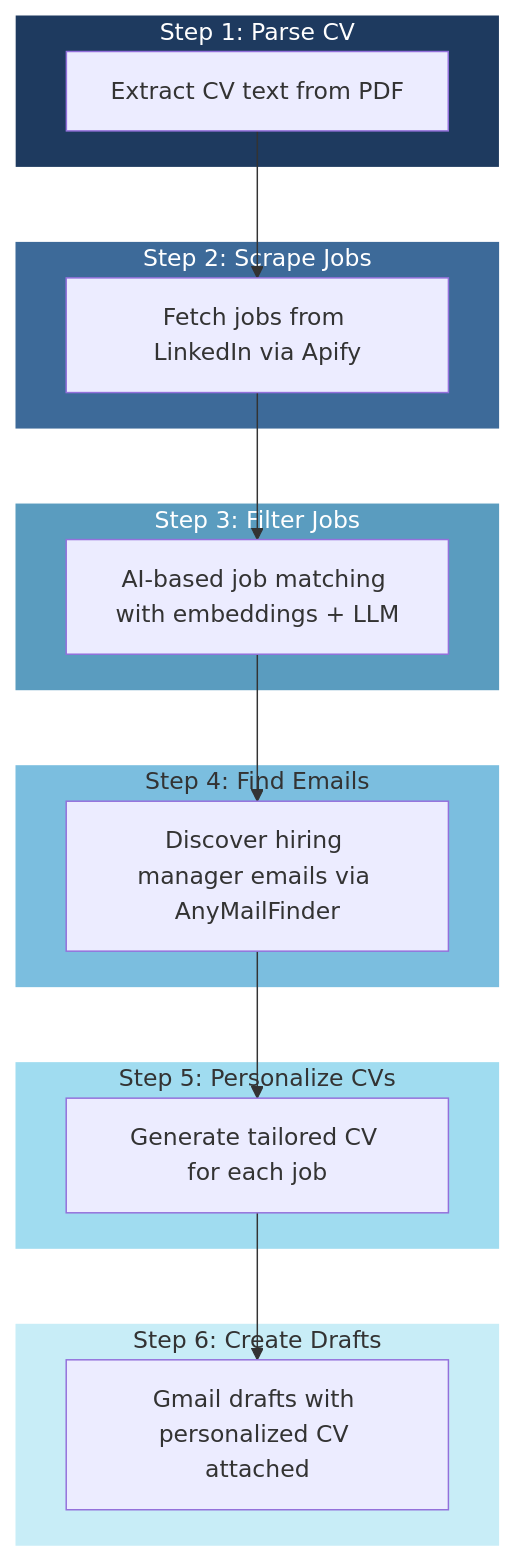
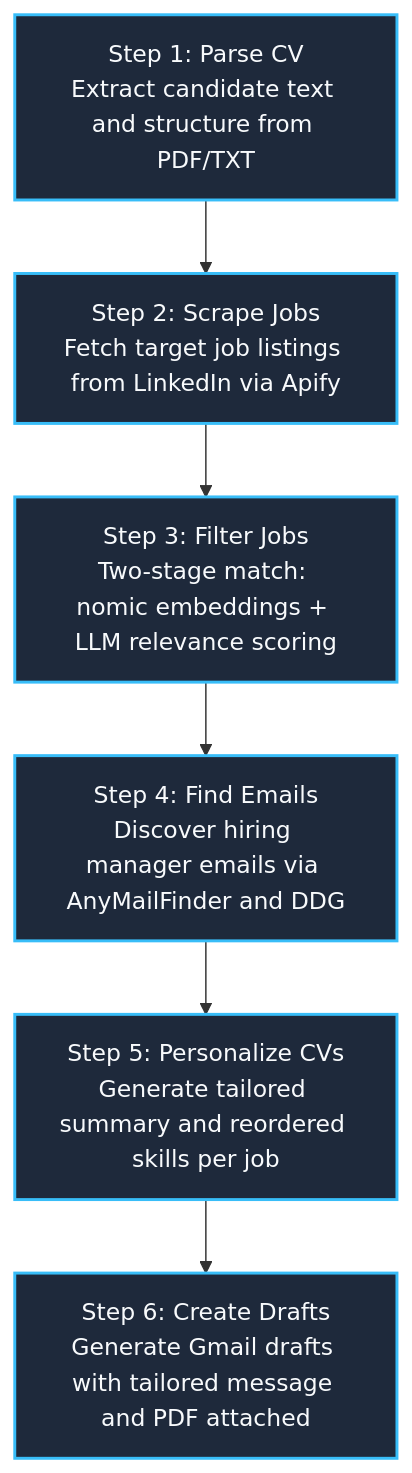
Before and after one commit to karpinski1994/email-application-automation: the diagram in README.md, drawn with Mermaid. The commit also changed other lines of this file, not shown here.

Commit message:
docs: update workflow diagram and add agent setup instructions to readme

````diff
--- a/README.md
+++ b/README.md
@@ -9,35 +9,18 @@
 ```mermaid
-graph TD
-    subgraph Step1["Step 1: Parse CV"]
-        P1[Extract CV text from PDF]
-    end
-    
-    subgraph Step2["Step 2: Scrape Jobs"]
-        P2[Fetch jobs from LinkedIn via Apify]
-    end
-    
-    subgraph Step3["Step 3: Filter Jobs"]
-        P3[AI-based job matching with embeddings + LLM]
-    end
-    
-    subgraph Step4["Step 4: Find Emails"]
-        P4[Discover hiring manager emails via AnyMailFinder]
-    end
-    
-    subgraph Step5["Step 5: Personalize CVs"]
-        P5[Generate tailored CV for each job]
-    end
-    
-    subgraph Step6["Step 6: Create Drafts"]
-        P6[Gmail drafts with personalized CV attached]
-    end
-    
-    P1 --> P2 --> P3 --> P4 --> P5 --> P6
-    
-    style Step1 fill:#1e3a5f,stroke:#fff,color:#fff
-    style Step2 fill:#3d6a99,stroke:#fff,color:#fff
-    style Step3 fill:#5a9cbf,stroke:#fff,color:#fff
-    style Step4 fill:#7bbedf,stroke:#fff,color:#333
-    style Step5 fill:#a0dcf0,stroke:#fff,color:#333
-    style Step6 fill:#c8edf7,stroke:#fff,color:#333
+flowchart TD
+    S1["Step 1: Parse CV<br>Extract candidate text and structure from PDF/TXT"]
+    S2["Step 2: Scrape Jobs<br>Fetch target job listings from LinkedIn via Apify"]
+    S3["Step 3: Filter Jobs<br>Two-stage match: nomic embeddings + LLM relevance scoring"]
+    S4["Step 4: Find Emails<br>Discover hiring manager emails via AnyMailFinder and DDG"]
+    S5["Step 5: Personalize CVs<br>Generate tailored summary and reordered skills per job"]
+    S6["Step 6: Create Drafts<br>Generate Gmail drafts with tailored message and PDF attached"]
+
+    S1 --> S2 --> S3 --> S4 --> S5 --> S6
+
+    style S1 fill:#1e293b,stroke:#38bdf8,stroke-width:2px,color:#f8fafc
+    style S2 fill:#1e293b,stroke:#38bdf8,stroke-width:2px,color:#f8fafc
+    style S3 fill:#1e293b,stroke:#38bdf8,stroke-width:2px,color:#f8fafc
+    style S4 fill:#1e293b,stroke:#38bdf8,stroke-width:2px,color:#f8fafc
+    style S5 fill:#1e293b,stroke:#38bdf8,stroke-width:2px,color:#f8fafc
+    style S6 fill:#1e293b,stroke:#38bdf8,stroke-width:2px,color:#f8fafc
 ```
````
